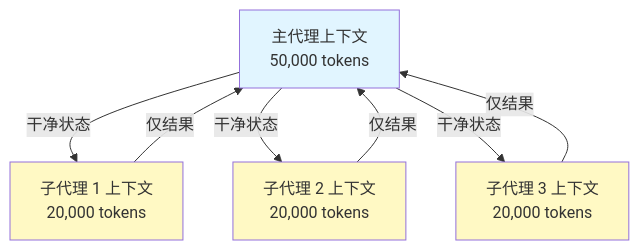
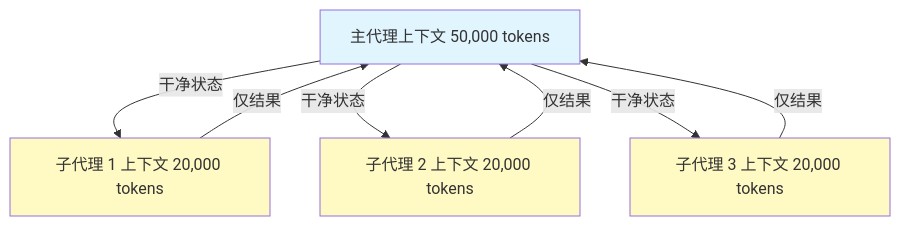
Before and after one commit to Rx782-Fss/claude-howto-zh: the seventh of 31 diagrams in claude_concepts_guide.md, drawn with Mermaid. The commit also changed other lines of this file and 5 other files, not shown here.

Commit message:
fix: Mermaid 内全角括号/问号/emoji/<br/> 改为半角ASCII避免 GitHub 渲染失败

````diff
--- a/claude_concepts_guide.md
+++ b/claude_concepts_guide.md
@@ -506,20 +506,20 @@
 ```mermaid
 graph TB
-    A["主代理上下文<br/>50,000 tokens"]
-    B["子代理 1 上下文<br/>20,000 tokens"]
-    C["子代理 2 上下文<br/>20,000 tokens"]
-    D["子代理 3 上下文<br/>20,000 tokens"]
+    A["主代理上下文 50,000 tokens"]
+    B["子代理 1 上下文 20,000 tokens"]
+    C["子代理 2 上下文 20,000 tokens"]
+    D["子代理 3 上下文 20,000 tokens"]
 
     A -->|干净状态| B
     A -->|干净状态| C
     A -->|干净状态| D
 
     B -->|仅结果| A
     C -->|仅结果| A
     D -->|仅结果| A
 
     style A fill:#e1f5ff
     style B fill:#fff9c4
     style C fill:#fff9c4
     style D fill:#fff9c4
 ```
````
